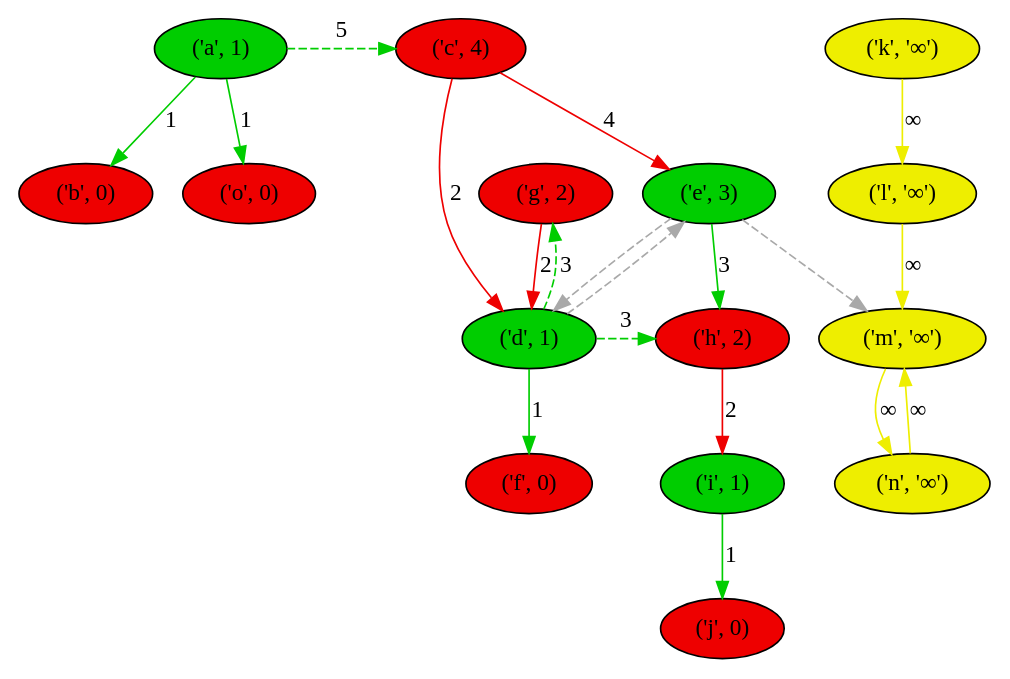
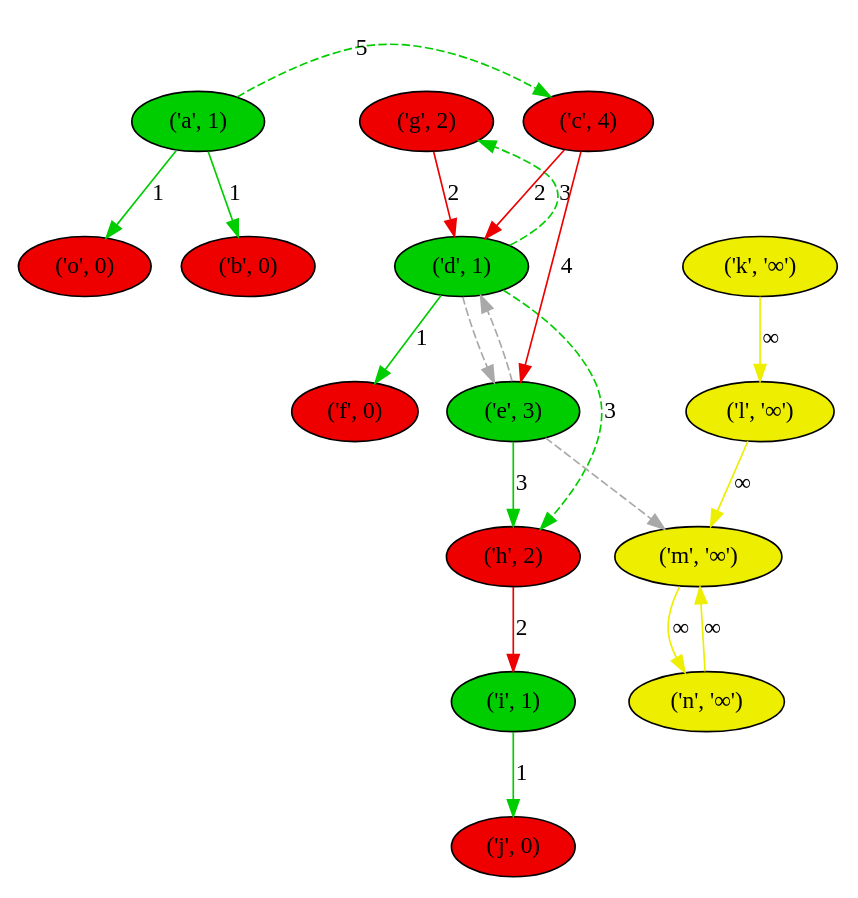
The diagram in idb/prov-clingraph/tapp24.dot (idaks/Games-and-Argumentation), drawn with Graphviz before and after one commit. The commit also changed other lines of this file and 78 other files, not shown here.

```diff
--- a/idb/prov-clingraph/tapp24.dot
+++ b/idb/prov-clingraph/tapp24.dot
@@ -1,36 +1,36 @@
 digraph default {
 	a [label="('a', 1)" fillcolor=green3 style=filled]
-	i [label="('i', 1)" fillcolor=green3 style=filled]
 	d [label="('d', 1)" fillcolor=green3 style=filled]
 	e [label="('e', 3)" fillcolor=green3 style=filled]
+	j [label="('j', 0)" fillcolor=red2 style=filled]
+	i [label="('i', 1)" fillcolor=green3 style=filled]
 	f [label="('f', 0)" fillcolor=red2 style=filled]
 	o [label="('o', 0)" fillcolor=red2 style=filled]
 	b [label="('b', 0)" fillcolor=red2 style=filled]
 	g [label="('g', 2)" fillcolor=red2 style=filled]
 	h [label="('h', 2)" fillcolor=red2 style=filled]
+	c [label="('c', 4)" fillcolor=red2 style=filled]
 	k [label="('k', '&infin;')" fillcolor=yellow2 style=filled]
-	n [label="('n', '&infin;')" fillcolor=yellow2 style=filled]
-	j [label="('j', 0)" fillcolor=red2 style=filled]
-	c [label="('c', 4)" fillcolor=red2 style=filled]
 	l [label="('l', '&infin;')" fillcolor=yellow2 style=filled]
 	m [label="('m', '&infin;')" fillcolor=yellow2 style=filled]
-	h -> i [label=2 color=red2]
-	n -> m [label="&infin;" color=yellow2]
-	l -> m [label="&infin;" color=yellow2]
-	a -> o [label=1 color=green3]
-	c -> e [label=4 color=red2]
-	d -> h [label=3 color=green3 constraint=false style=dashed]
+	n [label="('n', '&infin;')" fillcolor=yellow2 style=filled]
+	d -> e [color=darkgray style=dashed]
 	e -> d [color=darkgray style=dashed]
 	k -> l [label="&infin;" color=yellow2]
+	c -> d [label=2 color=red2]
+	d -> f [label=1 color=green3]
+	i -> j [label=1 color=green3]
+	m -> n [label="&infin;" color=yellow2]
+	n -> m [label="&infin;" color=yellow2]
 	a -> b [label=1 color=green3]
-	d -> e [color=darkgray style=dashed]
+	c -> e [label=4 color=red2]
+	d -> g [label=3 color=green3 constraint=false style=dashed]
+	d -> h [label=3 color=green3 constraint=false style=dashed]
+	h -> i [label=2 color=red2]
+	l -> m [label="&infin;" color=yellow2]
+	a -> c [label=5 color=green3 constraint=false style=dashed]
+	a -> o [label=1 color=green3]
+	e -> h [label=3 color=green3]
 	e -> m [color=darkgray style=dashed]
 	g -> d [label=2 color=red2]
-	i -> j [label=1 color=green3]
-	a -> c [label=5 color=green3 constraint=false style=dashed]
-	d -> f [label=1 color=green3]
-	d -> g [label=3 color=green3 constraint=false style=dashed]
-	c -> d [label=2 color=red2]
-	e -> h [label=3 color=green3]
-	m -> n [label="&infin;" color=yellow2]
 }
```
